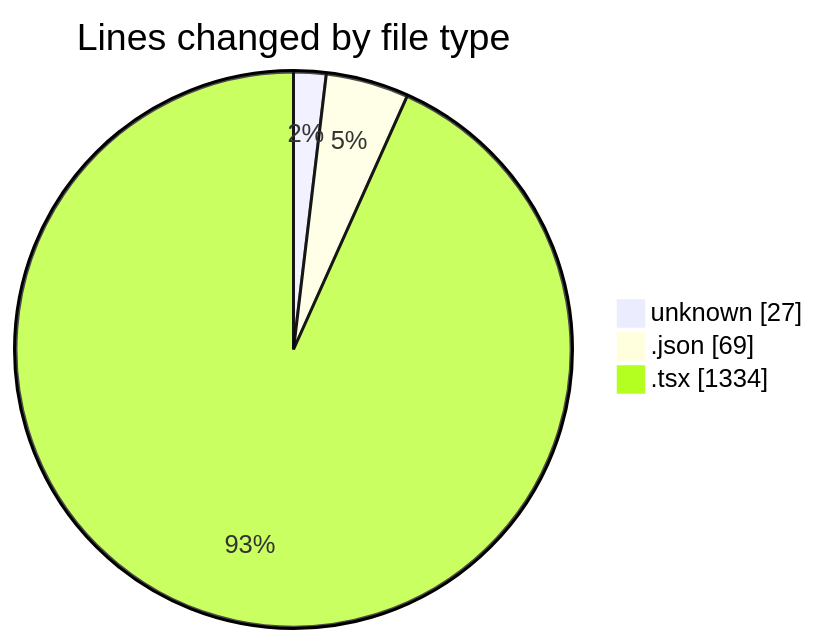
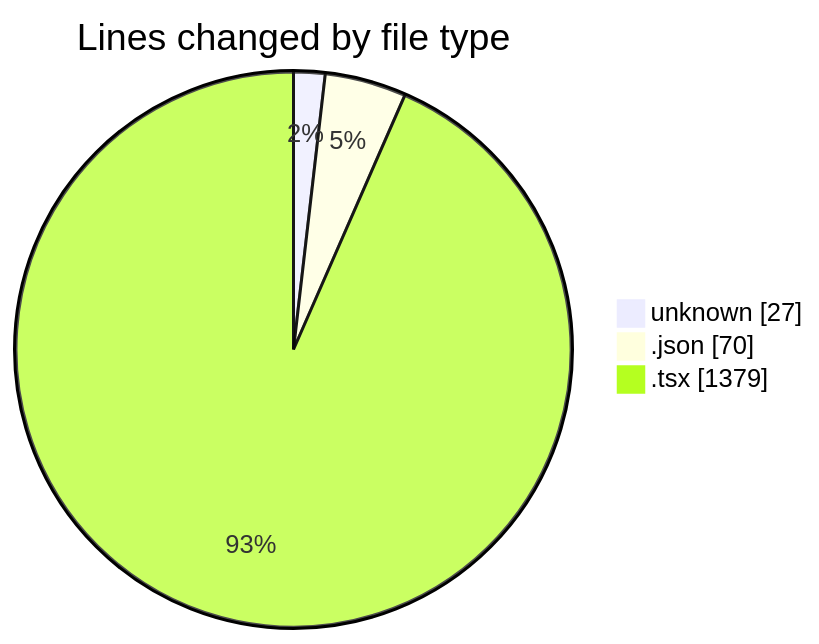
One commit to robertbonfada/code-tracking changed the first of 2 diagrams in 2025-01-14/mbc-web/README.md. Above: the diagram before and after it, drawn with Mermaid. The commit also changed other lines of this file and 1 other file, not shown here.

````diff
--- a/2025-01-14/mbc-web/README.md
+++ b/2025-01-14/mbc-web/README.md
@@ -32,7 +33,7 @@
 ```mermaid
 pie showData
 title Lines changed by file type
 "unknown" : 27
-".json" : 69
-".tsx" : 1334
+".json" : 70
+".tsx" : 1379
 ```
````
